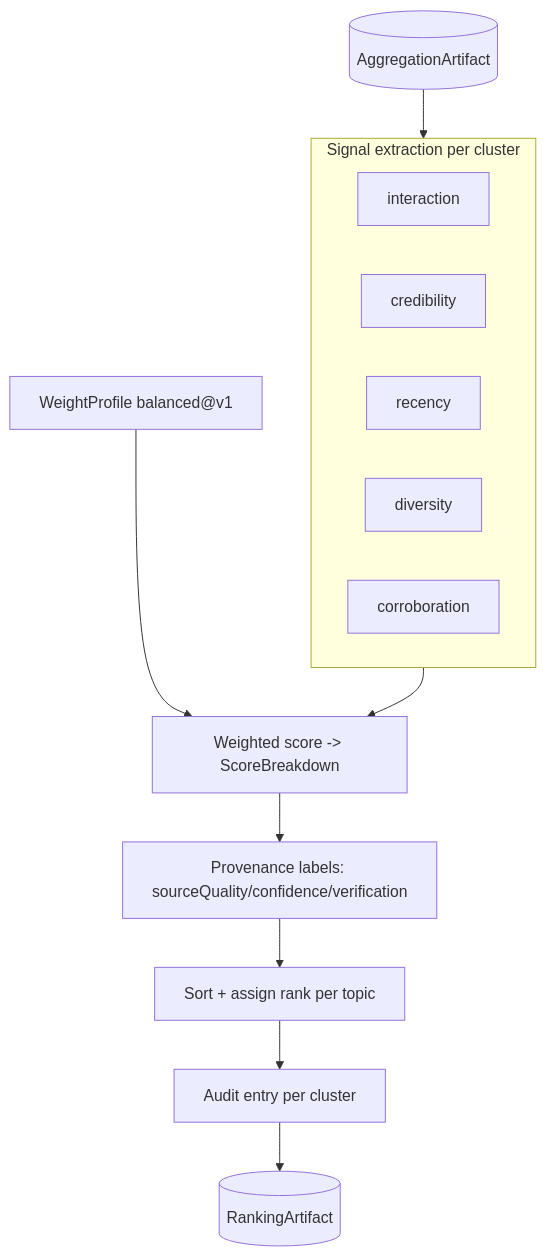
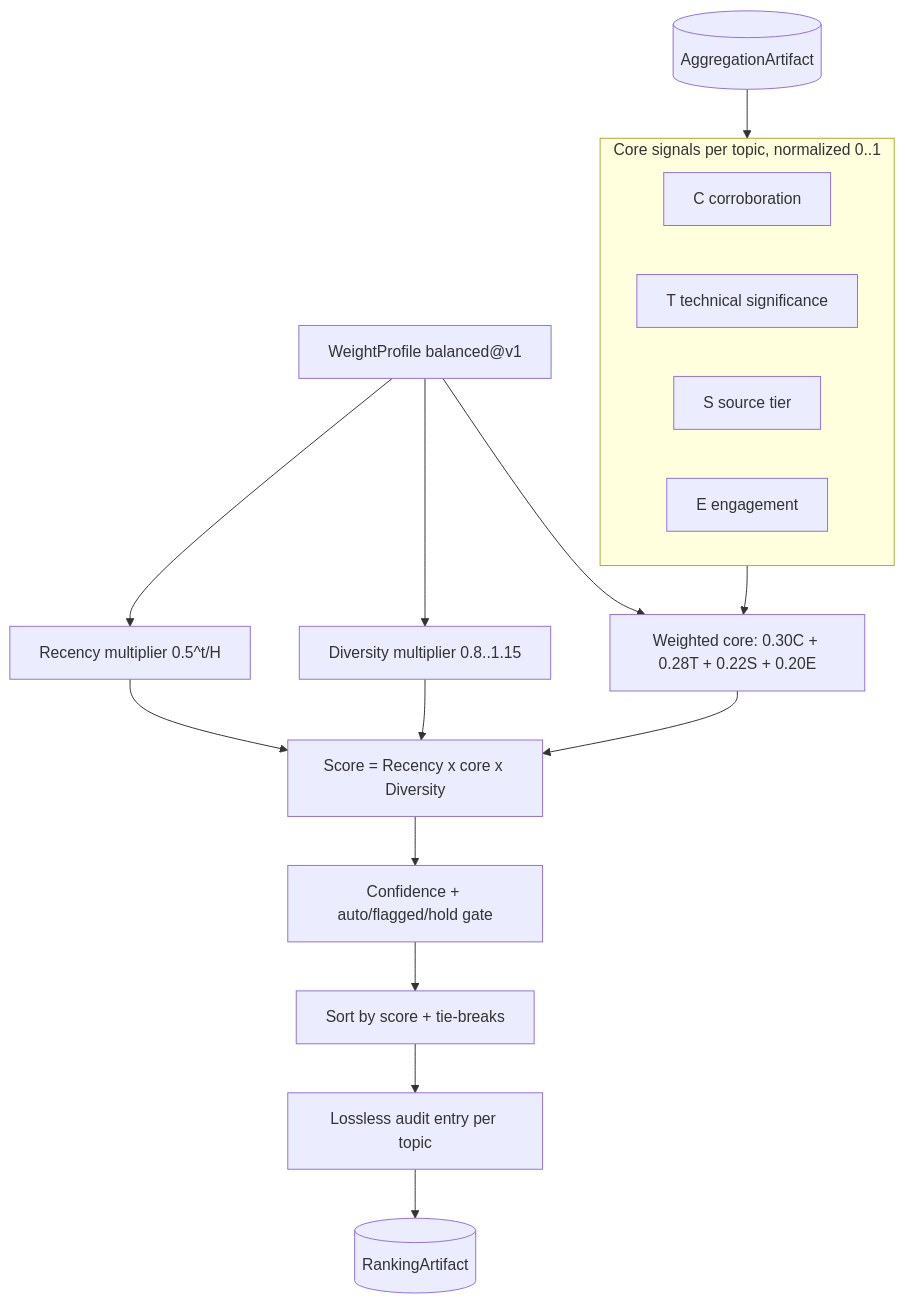
Before and after one commit to ArdurAI/ardur-ranking-engine: the first of 2 diagrams in docs/spec.md, drawn with Mermaid. The commit also changed other lines of this file and 8 other files, not shown here.

````diff
--- a/docs/spec.md
+++ b/docs/spec.md
@@ -17,13 +24,18 @@
 ```mermaid
 flowchart TB
   IN[(AggregationArtifact)] --> EX
   WP[WeightProfile balanced@v1] --> SC
-  subgraph EX[Signal extraction per cluster]
-    I[interaction] & C[credibility] & R[recency] & D[diversity] & CO[corroboration]
+  WP --> RC
+  WP --> DV
+  subgraph EX[Core signals per topic, normalized 0..1]
+    C[C corroboration] & T[T technical significance] & S[S source tier] & E[E engagement]
   end
-  EX --> SC[Weighted score -> ScoreBreakdown]
-  SC --> LB[Provenance labels: sourceQuality/confidence/verification]
-  LB --> RK[Sort + assign rank per topic]
-  RK --> AU[Audit entry per cluster]
+  EX --> SC[Weighted core: 0.30C + 0.28T + 0.22S + 0.20E]
+  RC[Recency multiplier 0.5^t/H] --> MUL
+  DV[Diversity multiplier 0.8..1.15] --> MUL
+  SC --> MUL[Score = Recency x core x Diversity]
+  MUL --> CF[Confidence + auto/flagged/hold gate]
+  CF --> RK[Sort by score + tie-breaks]
+  RK --> AU[Lossless audit entry per topic]
   AU --> OUT[(RankingArtifact)]
 ```
````
